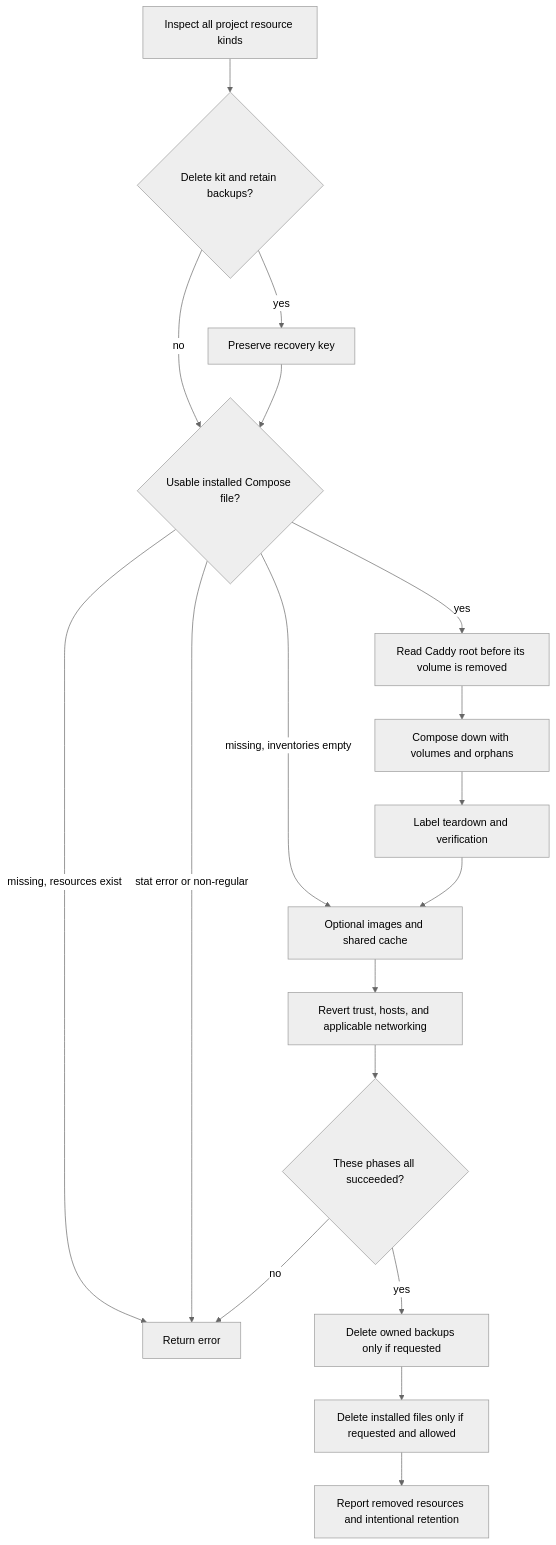
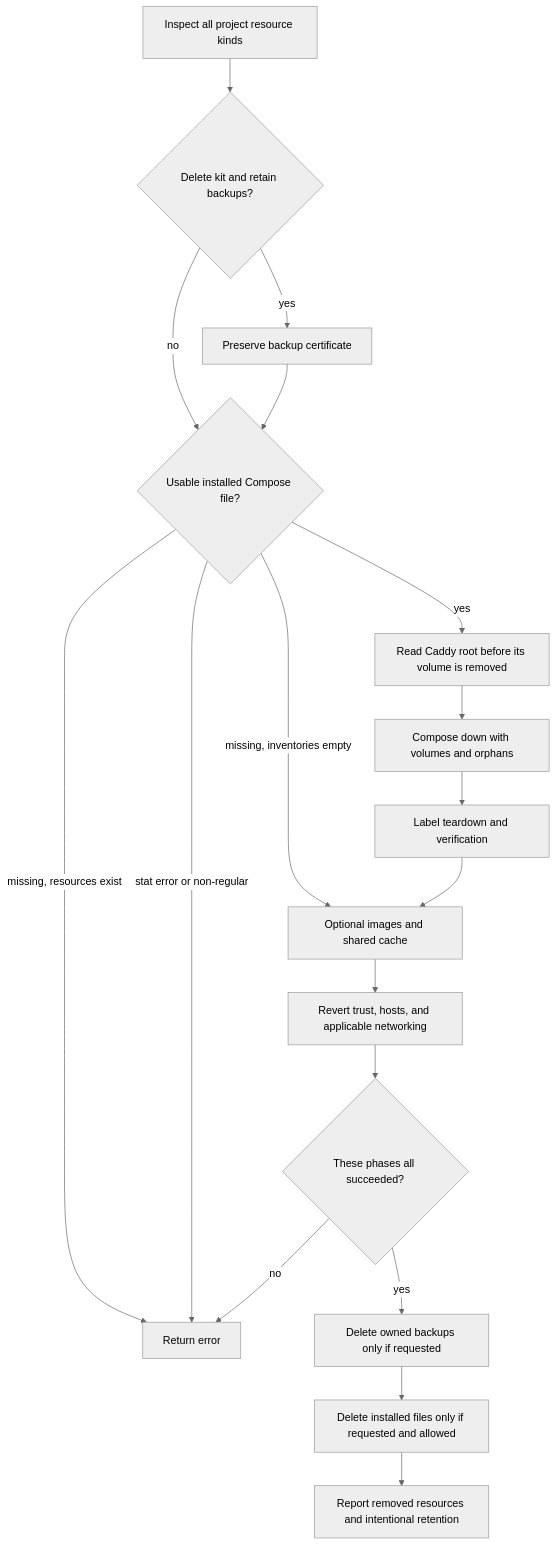
Before and after one commit to ohcnetwork/care_clinic: the third of 4 diagrams in docs/cleanup-and-uninstall.md, drawn with Mermaid (neutral theme). The commit also changed other lines of this file and 75 other files, not shown here.

````diff
--- a/docs/cleanup-and-uninstall.md
+++ b/docs/cleanup-and-uninstall.md
@@ -401,20 +401,20 @@
 ```mermaid
 flowchart TD
     Inspect["Inspect all project resource kinds"] --> Key{"Delete kit and retain backups?"}
-    Key -->|yes| Preserve["Preserve recovery key"]
+    Key -->|yes| Preserve["Preserve backup certificate"]
     Key -->|no| Compose
     Preserve --> Compose{"Usable installed Compose file?"}
     Compose -->|yes| Root["Read Caddy root before its volume is removed"]
     Root --> Down["Compose down with volumes and orphans"]
     Down --> Teardown["Label teardown and verification"]
     Compose -->|missing, resources exist| Abort["Return error"]
     Compose -->|missing, inventories empty| Optional["Optional images and shared cache"]
     Compose -->|stat error or non-regular| Abort
     Teardown --> Optional
     Optional --> Native["Revert trust, hosts, and applicable networking"]
     Native --> Clean{"These phases all succeeded?"}
     Clean -->|no| Abort
     Clean -->|yes| Backups["Delete owned backups only if requested"]
     Backups --> Files["Delete installed files only if requested and allowed"]
     Files --> Log["Report removed resources and intentional retention"]
 ```
````
